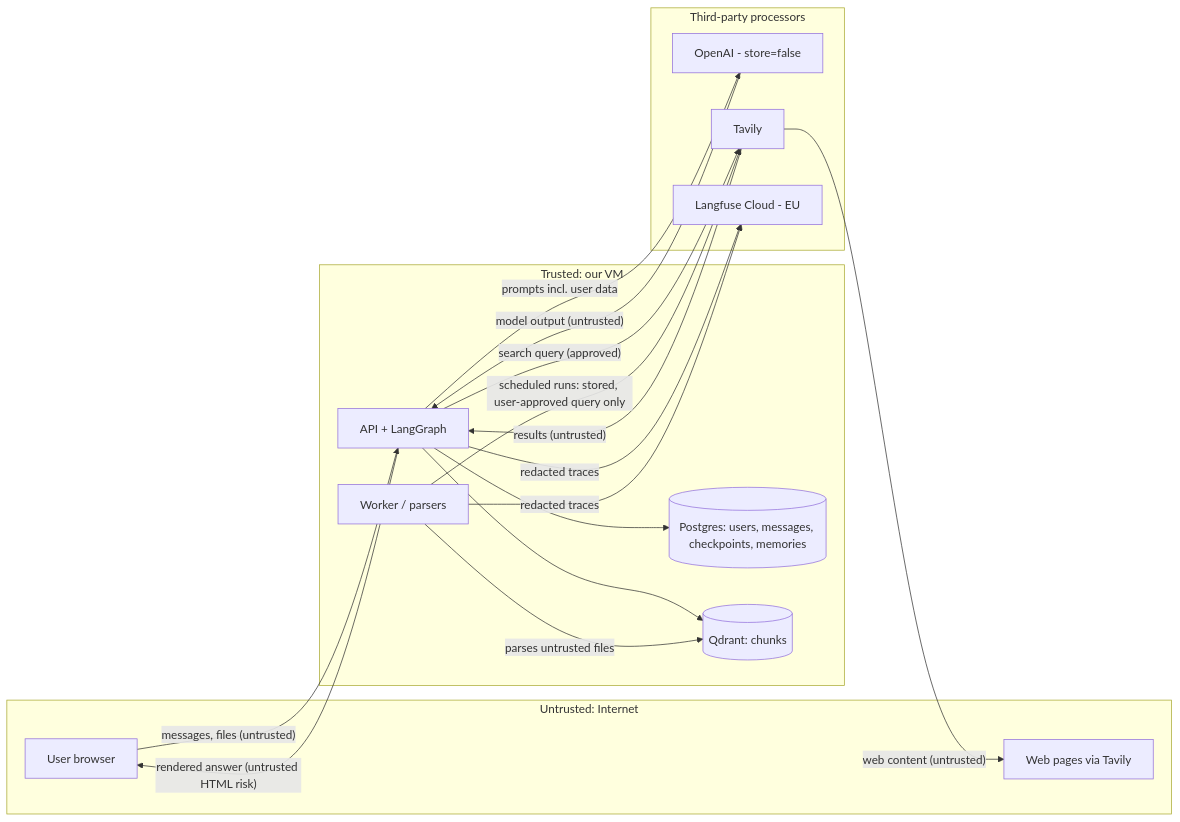
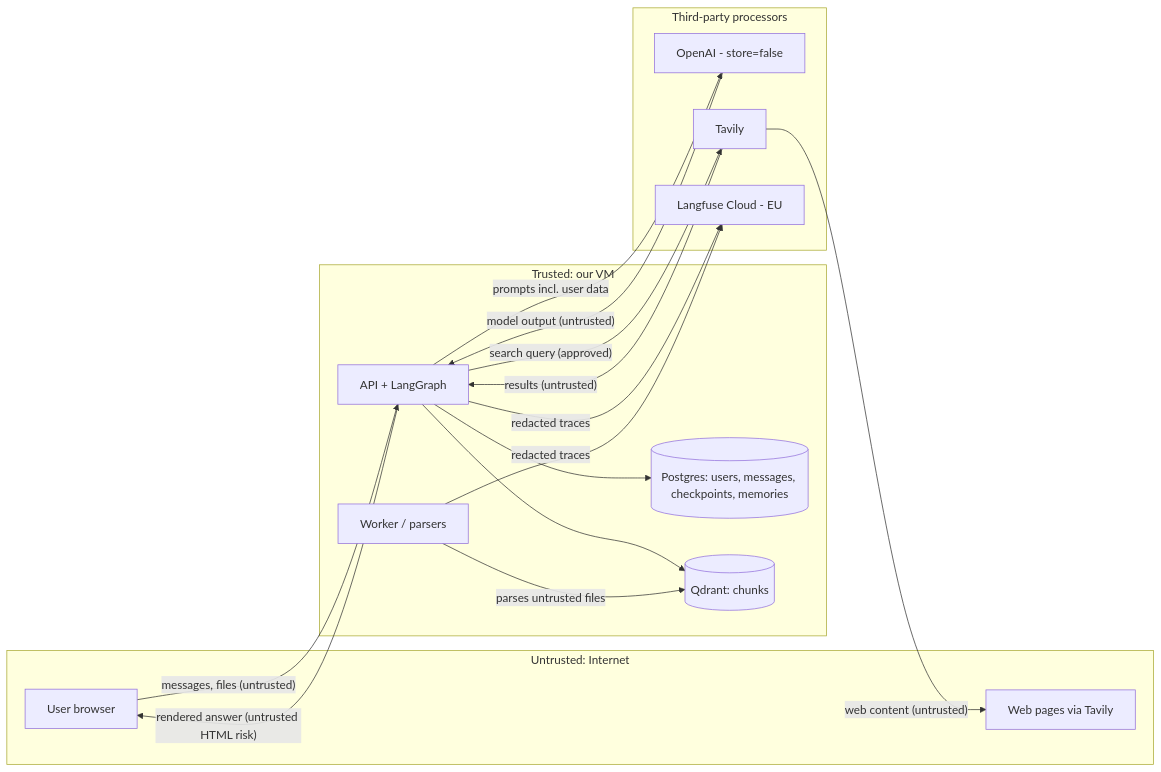
The first of 2 diagrams in docs/02_outputs/10_llm_threat_model.md (dinesh24murali/nexus-ai), drawn with Mermaid before and after one commit. The commit also changed other lines of this file and 22 other files, not shown here.

````diff
--- a/docs/02_outputs/10_llm_threat_model.md
+++ b/docs/02_outputs/10_llm_threat_model.md
@@ -11,29 +11,28 @@
 ```mermaid
 flowchart LR
   subgraph TB1["Untrusted: Internet"]
     U[User browser]
     WEB[Web pages via Tavily]
   end
   subgraph TB2["Trusted: our VM"]
     API[API + LangGraph]
     WK[Worker / parsers]
     PG[(Postgres: users, messages, checkpoints, memories)]
     QD[(Qdrant: chunks)]
   end
   subgraph TB3["Third-party processors"]
     OAI[OpenAI - store=false]
     TAV[Tavily]
     LF[Langfuse Cloud - EU]
   end
   U -- "messages, files (untrusted)" --> API
   API -- "prompts incl. user data" --> OAI
   OAI -- "model output (untrusted)" --> API
   API -- "search query (approved)" --> TAV
   TAV -- "web content (untrusted)" --> WEB
   TAV -- "results (untrusted)" --> API
   API --> PG & QD
   WK -- "parses untrusted files" --> QD
-  WK -- "scheduled runs: stored, user-approved query only" --> TAV
   API & WK -- "redacted traces" --> LF
   API -- "rendered answer (untrusted HTML risk)" --> U
 ```
````
